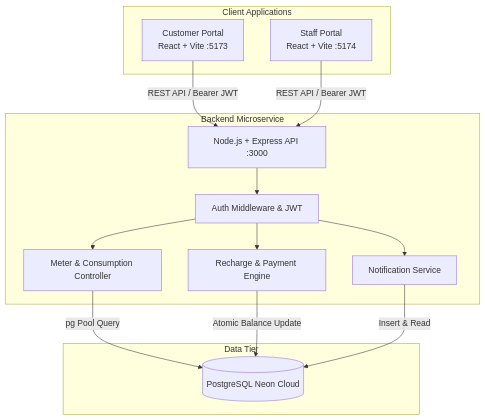
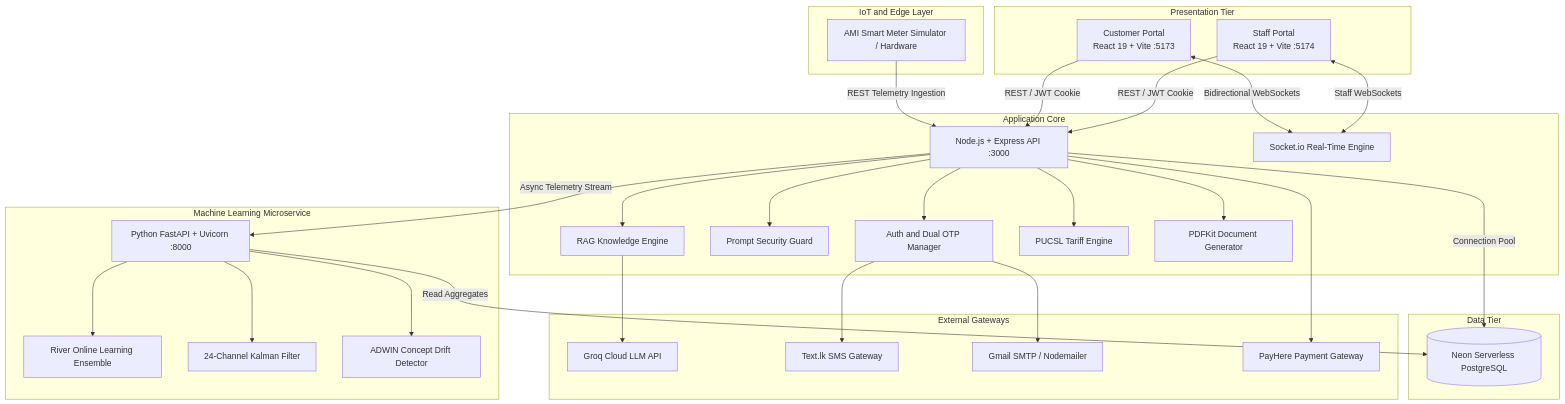
The first of 5 diagrams in README.md (kalharaCK/LECO-Smart-Electricity-Meter), drawn with Mermaid before and after one commit. The commit also changed other lines of this file and 22 other files, not shown here.

Commit message:
feat: dual email/SMS OTP verification, staff settings management, chatbot highlight, and comprehensive root documentation

````diff
--- a/README.md
+++ b/README.md
@@ -75,29 +102,63 @@
 ```mermaid
 graph TD
-    subgraph Client Applications
-        CP[Customer Portal<br/>React + Vite :5173]
-        SP[Staff Portal<br/>React + Vite :5174]
+    subgraph IoT and Edge Layer
+        MTR[AMI Smart Meter Simulator / Hardware]
     end
 
-    subgraph Backend Microservice
+    subgraph Presentation Tier
+        CP[Customer Portal<br/>React 19 + Vite :5173]
+        SP[Staff Portal<br/>React 19 + Vite :5174]
+    end
+
+    subgraph Application Core
         API[Node.js + Express API :3000]
-        AUTH[Auth Middleware & JWT]
-        MTR[Meter & Consumption Controller]
-        PAY[Recharge & Payment Engine]
-        NOTIF[Notification Service]
+        WS[Socket.io Real-Time Engine]
+        RAG[RAG Knowledge Engine]
+        PG[Prompt Security Guard]
+        AUTH[Auth and Dual OTP Manager]
+        TARIFF[PUCSL Tariff Engine]
+        PDF[PDFKit Document Generator]
+    end
+
+    subgraph Machine Learning Microservice
+        ML[Python FastAPI + Uvicorn :8000]
+        RIVER[River Online Learning Ensemble]
+        KALMAN[24-Channel Kalman Filter]
+        DRIFT[ADWIN Concept Drift Detector]
     end
 
     subgraph Data Tier
-        DB[(PostgreSQL Neon Cloud)]
+        DB[(Neon Serverless PostgreSQL)]
     end
 
-    CP -->|REST API / Bearer JWT| API
-    SP -->|REST API / Bearer JWT| API
+    subgraph External Gateways
+        GROQ[Groq Cloud LLM API]
+        SMS[Text.lk SMS Gateway]
+        SMTP[Gmail SMTP / Nodemailer]
+        PAYHERE[PayHere Payment Gateway]
+    end
+
+    MTR -->|REST Telemetry Ingestion| API
+    CP -->|REST / JWT Cookie| API
+    CP <-->|Bidirectional WebSockets| WS
+    SP -->|REST / JWT Cookie| API
+    SP <-->|Staff WebSockets| WS
+
     API --> AUTH
-    AUTH --> MTR
-    AUTH --> PAY
-    AUTH --> NOTIF
-    MTR -->|pg Pool Query| DB
-    PAY -->|Atomic Balance Update| DB
-    NOTIF -->|Insert & Read| DB
+    API --> TARIFF
+    API --> PDF
+    API --> RAG
+    RAG --> GROQ
+    API --> PG
+
+    API -->|Async Telemetry Stream| ML
+    ML --> RIVER
+    ML --> KALMAN
+    ML --> DRIFT
+    ML -->|Read Aggregates| DB
+
+    API -->|Connection Pool| DB
+    AUTH --> SMS
+    AUTH --> SMTP
+    API --> PAYHERE
 ```
````
